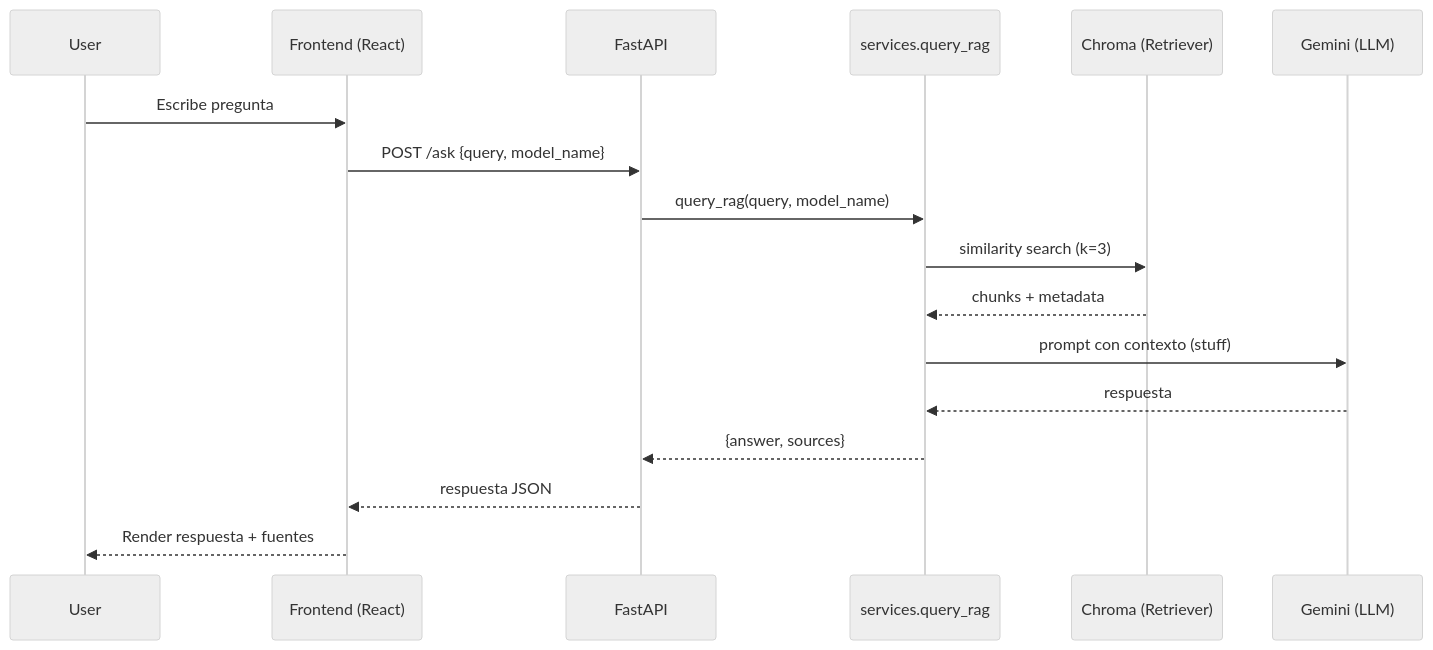
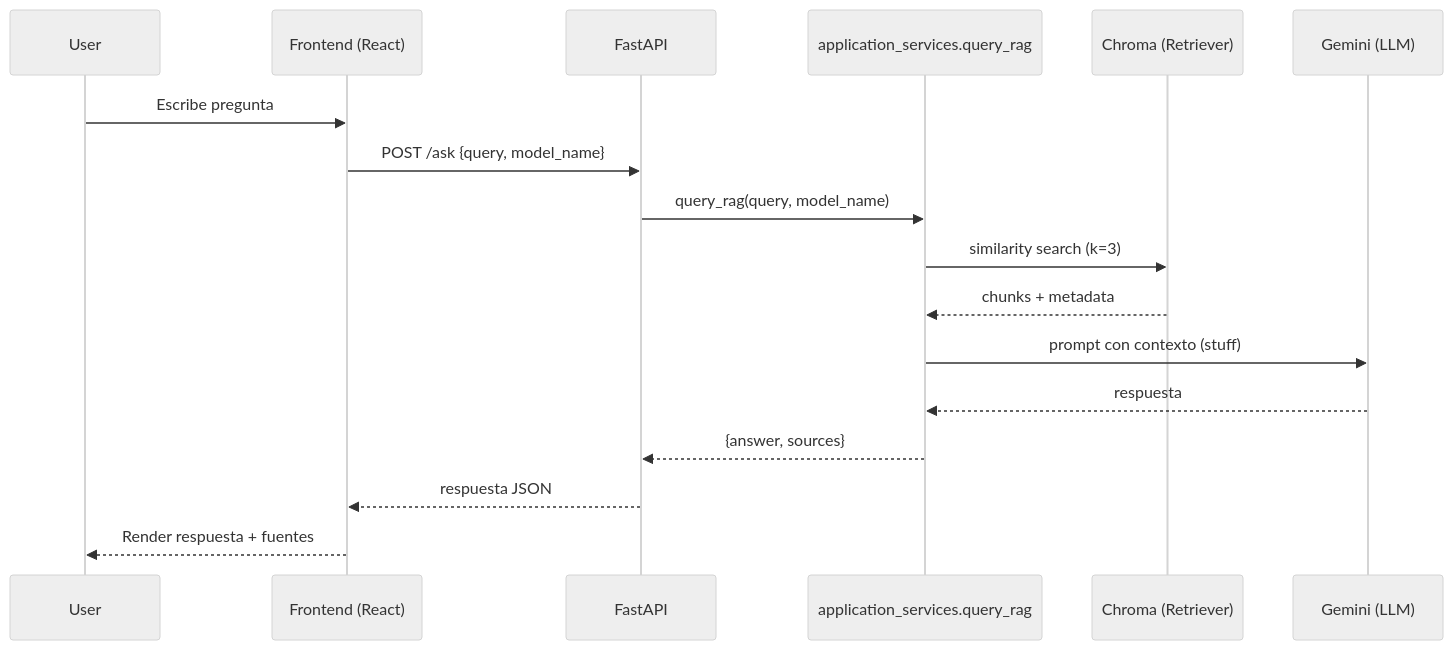
Before and after one commit to ManuelDuque/InsightRAG: the second of 2 diagrams in docs/ARCHITECTURE.md, drawn with Mermaid (neutral theme). The commit also changed other lines of this file and 26 other files, not shown here.

````diff
--- a/docs/ARCHITECTURE.md
+++ b/docs/ARCHITECTURE.md
@@ -60,20 +66,20 @@
 ```mermaid
 sequenceDiagram
   participant U as User
   participant FE as Frontend (React)
   participant API as FastAPI
-  participant S as services.query_rag
+  participant S as application_services.query_rag
   participant V as Chroma (Retriever)
   participant L as Gemini (LLM)
 
   U->>FE: Escribe pregunta
   FE->>API: POST /ask {query, model_name}
   API->>S: query_rag(query, model_name)
   S->>V: similarity search (k=3)
   V-->>S: chunks + metadata
   S->>L: prompt con contexto (stuff)
   L-->>S: respuesta
   S-->>API: {answer, sources}
   API-->>FE: respuesta JSON
   FE-->>U: Render respuesta + fuentes
 ```
````
